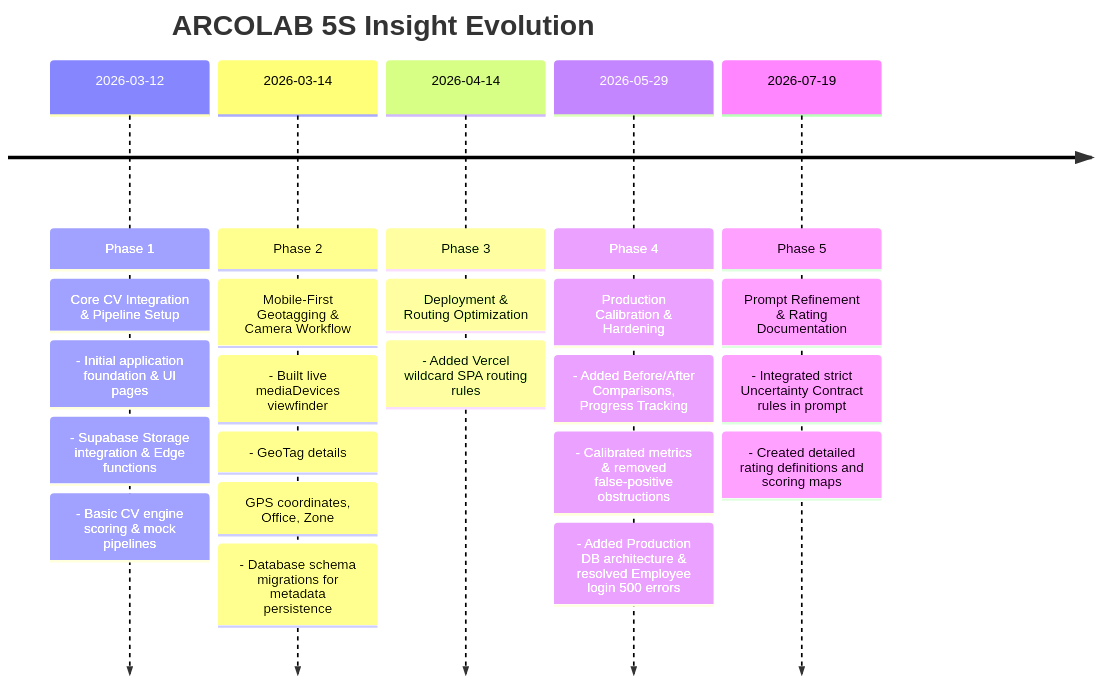
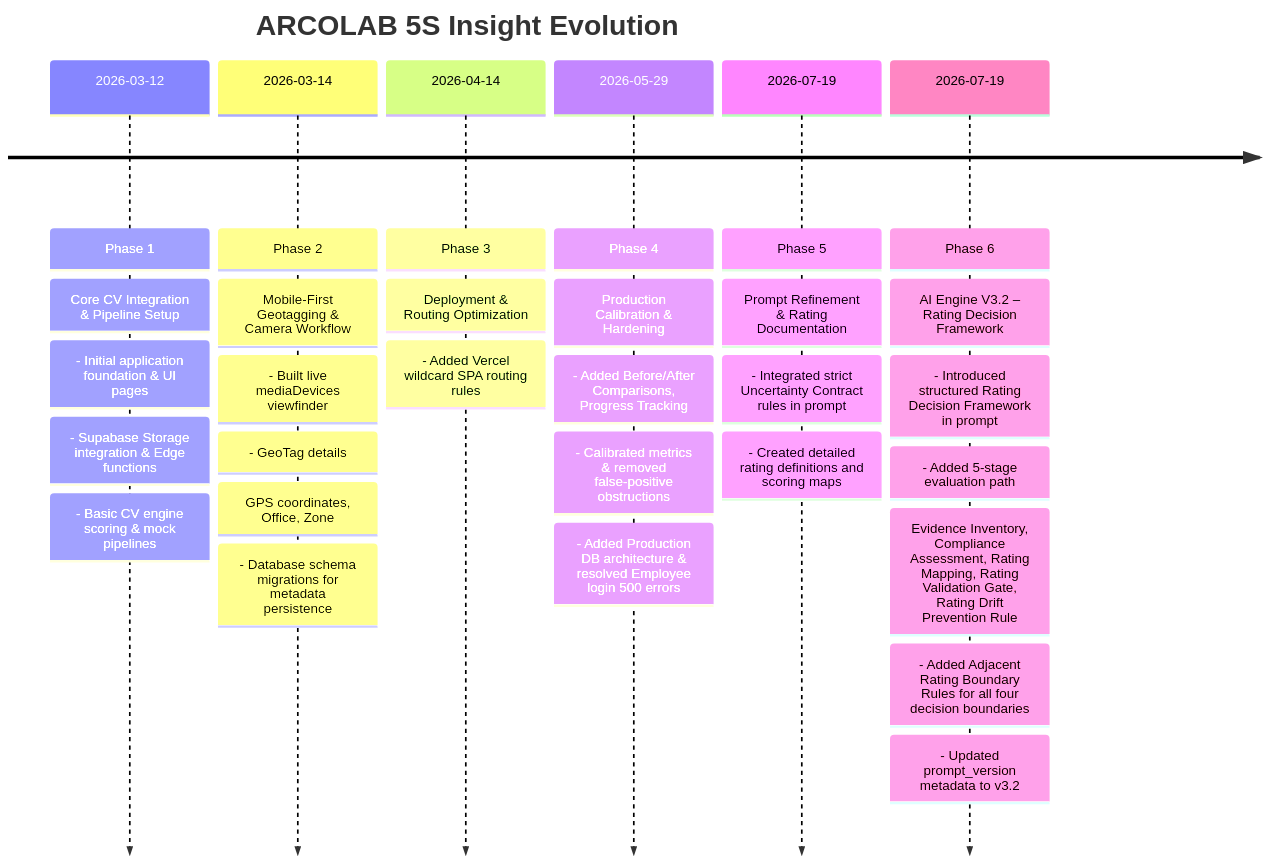
The diagram in project_update_history.md (Vijay-R57/basics), drawn with Mermaid before and after one commit. The commit also changed other lines of this file and 3 other files, not shown here.

Commit message:
feat: implement ARCOLAB rating framework with cost analysis and fallback mechanism docs

````diff
--- a/project_update_history.md
+++ b/project_update_history.md
@@ -9,21 +9,26 @@
 ```mermaid
 timeline
     title ARCOLAB 5S Insight Evolution
     2026-03-12 : Phase 1: Core CV Integration & Pipeline Setup
                : - Initial application foundation & UI pages
                : - Supabase Storage integration & Edge functions
                : - Basic CV engine scoring & mock pipelines
     2026-03-14 : Phase 2: Mobile-First Geotagging & Camera Workflow
                : - Built live mediaDevices viewfinder
                : - GeoTag details: GPS coordinates, Office, Zone
                : - Database schema migrations for metadata persistence
     2026-04-14 : Phase 3: Deployment & Routing Optimization
                : - Added Vercel wildcard SPA routing rules
     2026-05-29 : Phase 4: Production Calibration & Hardening
                : - Added Before/After Comparisons, Progress Tracking
                : - Calibrated metrics & removed false-positive obstructions
                : - Added Production DB architecture & resolved Employee login 500 errors
     2026-07-19 : Phase 5: Prompt Refinement & Rating Documentation
                : - Integrated strict Uncertainty Contract rules in prompt
                : - Created detailed rating definitions and scoring maps
+    2026-07-19 : Phase 6: AI Engine V3.2 – Rating Decision Framework
+               : - Introduced structured Rating Decision Framework in prompt
+               : - Added 5-stage evaluation path: Evidence Inventory, Compliance Assessment, Rating Mapping, Rating Validation Gate, Rating Drift Prevention Rule
+               : - Added Adjacent Rating Boundary Rules for all four decision boundaries
+               : - Updated prompt_version metadata to v3.2
 ```
````
